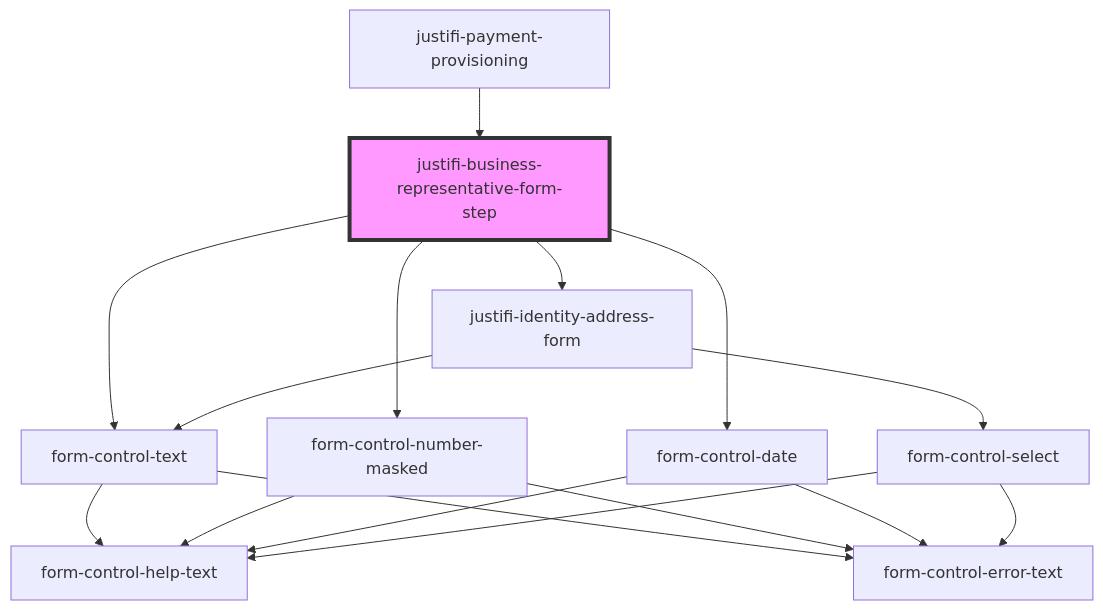
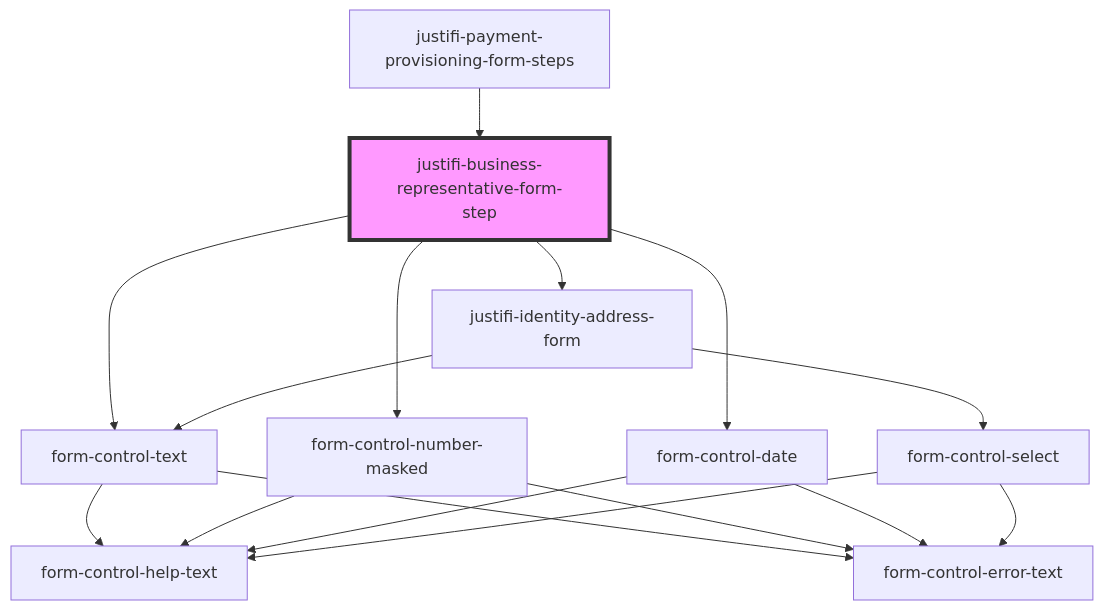
The diagram in packages/webcomponents/src/components/business-forms/payment-provisioning/business-representative/README.md (justifi-tech/web-component-library), drawn with Mermaid before and after one commit. The commit also changed other lines of this file and 5 other files, not shown here.

````diff
--- a/packages/webcomponents/src/components/business-forms/payment-provisioning/business-representative/README.md
+++ b/packages/webcomponents/src/components/business-forms/payment-provisioning/business-representative/README.md
@@ -59,19 +59,19 @@
 ```mermaid
 graph TD;
   justifi-business-representative-form-step --> form-control-text
   justifi-business-representative-form-step --> form-control-number-masked
   justifi-business-representative-form-step --> form-control-date
   justifi-business-representative-form-step --> justifi-identity-address-form
   form-control-text --> form-control-help-text
   form-control-text --> form-control-error-text
   form-control-number-masked --> form-control-help-text
   form-control-number-masked --> form-control-error-text
   form-control-date --> form-control-help-text
   form-control-date --> form-control-error-text
   justifi-identity-address-form --> form-control-text
   justifi-identity-address-form --> form-control-select
   form-control-select --> form-control-help-text
   form-control-select --> form-control-error-text
-  justifi-payment-provisioning --> justifi-business-representative-form-step
+  justifi-payment-provisioning-form-steps --> justifi-business-representative-form-step
   style justifi-business-representative-form-step fill:#f9f,stroke:#333,stroke-width:4px
 ```
````
